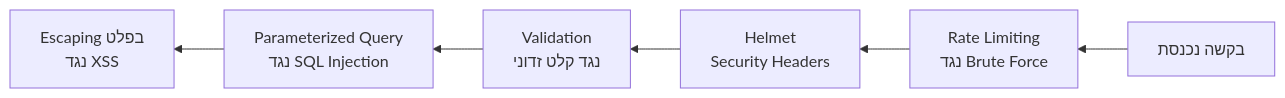
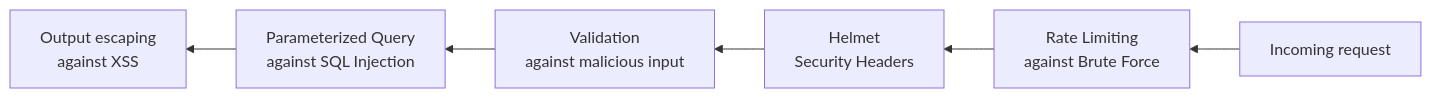
The diagram in content/docs/additions/40-owasp-basics-content.md (neriyaMalachi/FullStack_kodkode_5), drawn with Mermaid before and after one commit. The commit also changed other lines of this file and 117 other files, not shown here.

````diff
--- a/content/docs/additions/40-owasp-basics-content.md
+++ b/content/docs/additions/40-owasp-basics-content.md
@@ -49,13 +49,13 @@
 ```mermaid
 flowchart RL
-    Req["בקשה נכנסת"] --> RL["Rate Limiting
-    נגד Brute Force"]
+    Req["Incoming request"] --> RL["Rate Limiting
+    against Brute Force"]
     RL --> HM["Helmet
     Security Headers"]
     HM --> Val["Validation
-    נגד קלט זדוני"]
+    against malicious input"]
     Val --> PQ["Parameterized Query
-    נגד SQL Injection"]
-    PQ --> Out["Escaping בפלט
-    נגד XSS"]
+    against SQL Injection"]
+    PQ --> Out["Output escaping
+    against XSS"]
 ```
````
